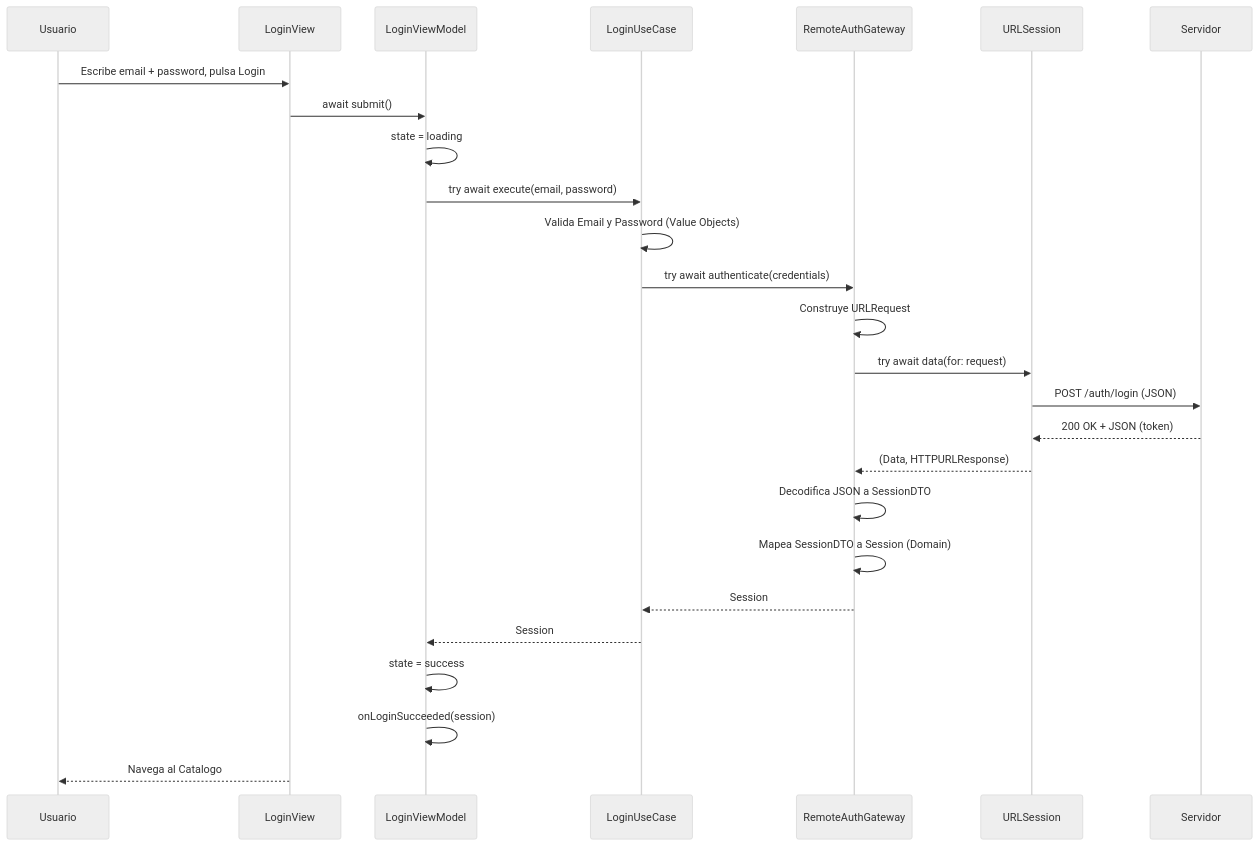
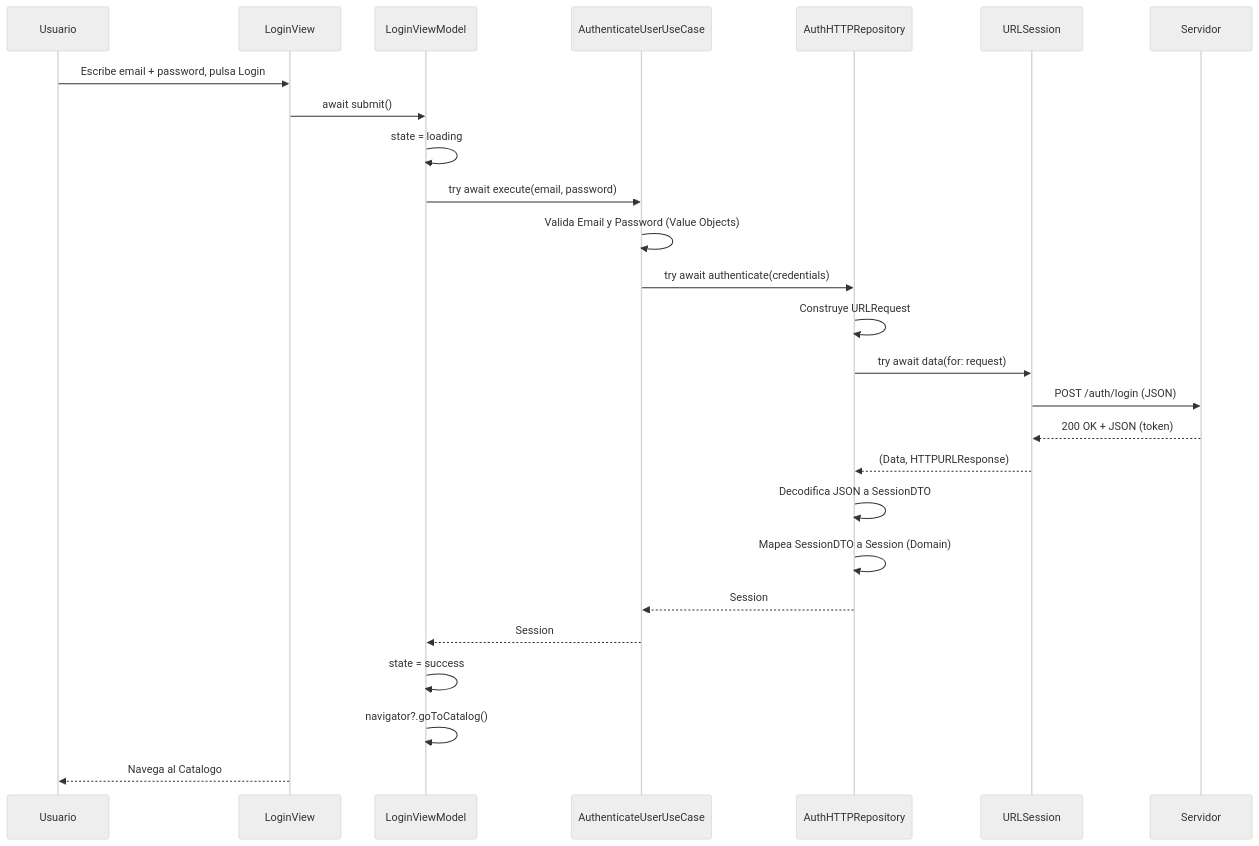
Before and after one commit to SwiftEnProfundidad/stack-my-architecture-ios: the fourth of 9 diagrams in anexos/diagramas/atlas-arquitectura.md, drawn with Mermaid (neutral theme). The commit also changed other lines of this file and 50 other files, not shown here.

````diff
--- a/anexos/diagramas/atlas-arquitectura.md
+++ b/anexos/diagramas/atlas-arquitectura.md
@@ -119,32 +119,32 @@
 ```mermaid
 sequenceDiagram
     participant U as Usuario
     participant V as LoginView
     participant VM as LoginViewModel
-    participant UC as LoginUseCase
-    participant GW as RemoteAuthGateway
+    participant UC as AuthenticateUserUseCase
+    participant GW as AuthHTTPRepository
     participant HTTP as URLSession
     participant API as Servidor
 
     U->>V: Escribe email + password, pulsa Login
     V->>VM: await submit()
     VM->>VM: state = loading
 
     VM->>UC: try await execute(email, password)
     UC->>UC: Valida Email y Password (Value Objects)
     UC->>GW: try await authenticate(credentials)
     GW->>GW: Construye URLRequest
     GW->>HTTP: try await data(for: request)
     HTTP->>API: POST /auth/login (JSON)
 
     API-->>HTTP: 200 OK + JSON (token)
     HTTP-->>GW: (Data, HTTPURLResponse)
     GW->>GW: Decodifica JSON a SessionDTO
     GW->>GW: Mapea SessionDTO a Session (Domain)
     GW-->>UC: Session
     UC-->>VM: Session
 
     VM->>VM: state = success
-    VM->>VM: onLoginSucceeded(session)
+    VM->>VM: navigator?.goToCatalog()
     V-->>U: Navega al Catalogo
 ```
````
